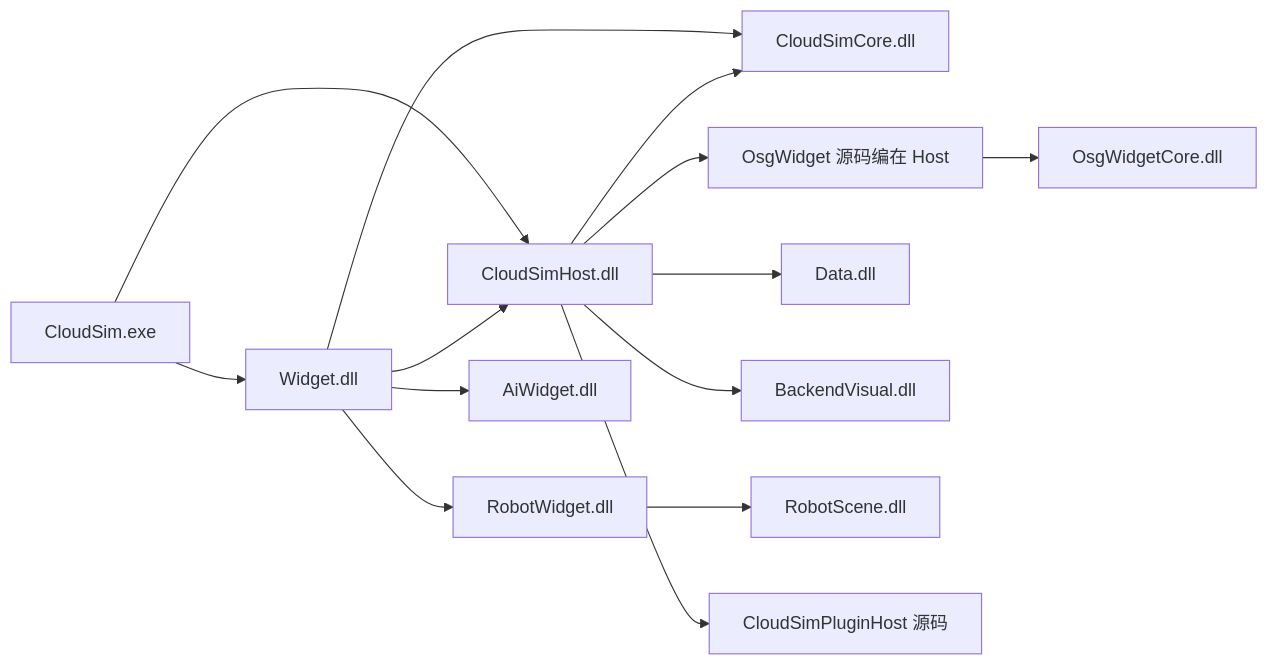
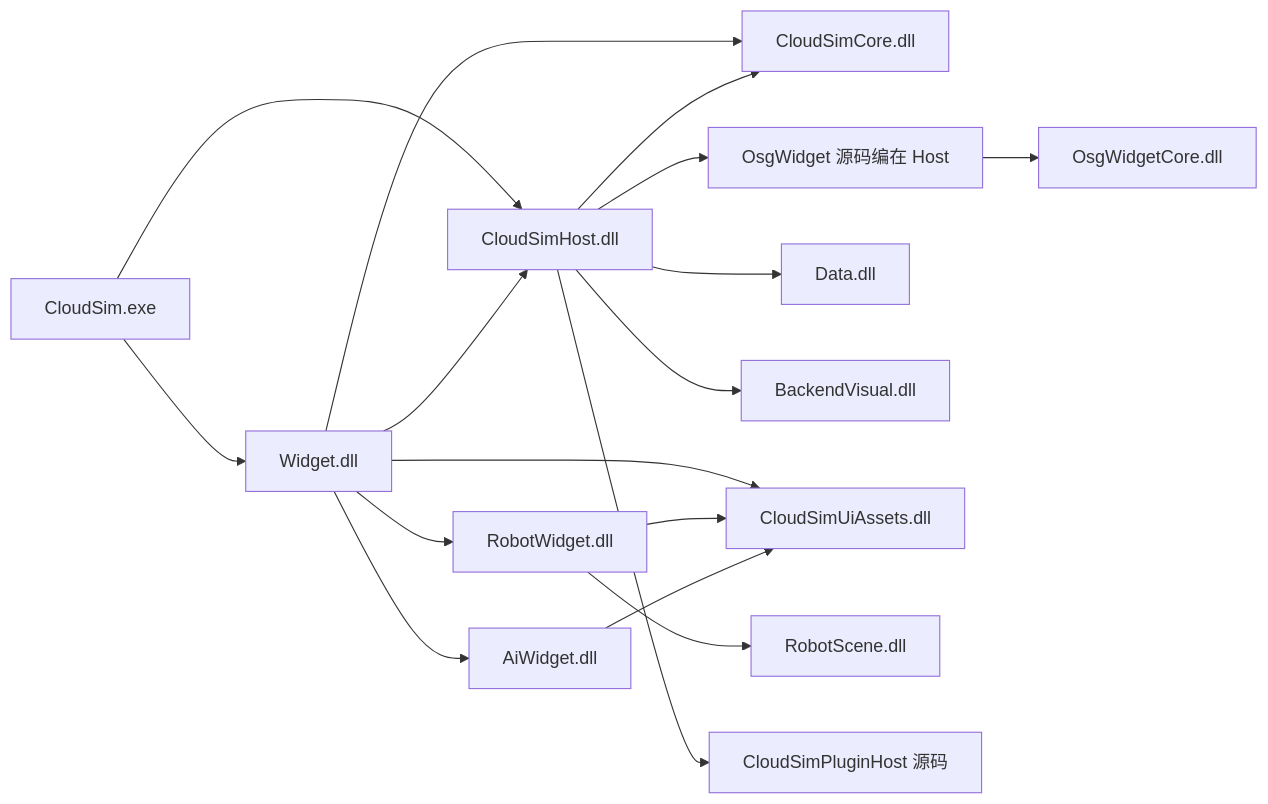
One commit to sanmunejdn/CloudSim changed the first of 12 diagrams in ARCHITECTURE_SUMMARY.md. Above: the diagram before and after it, drawn with Mermaid. The commit also changed other lines of this file and 240 other files, not shown here.

First line of the commit message:
feat: 统一 UI 图标、设备页布局与几何/视图改进

````diff
--- a/ARCHITECTURE_SUMMARY.md
+++ b/ARCHITECTURE_SUMMARY.md
@@ -56,16 +56,19 @@
 ```mermaid
 flowchart LR
     EXE[CloudSim.exe] --> W[Widget.dll]
     EXE --> H[CloudSimHost.dll]
     W --> H
     W --> C[CloudSimCore.dll]
     H --> C
     H --> OW[OsgWidget 源码编在 Host]
     OW --> OGC[OsgWidgetCore.dll]
     H --> D[Data.dll]
     H --> BV[BackendVisual.dll]
     W --> RW[RobotWidget.dll]
     W --> AW[AiWidget.dll]
+    W --> UA[CloudSimUiAssets.dll]
+    RW --> UA
+    AW --> UA
     RW --> RS[RobotScene.dll]
     H --> PH[CloudSimPluginHost 源码]
 ```
````
